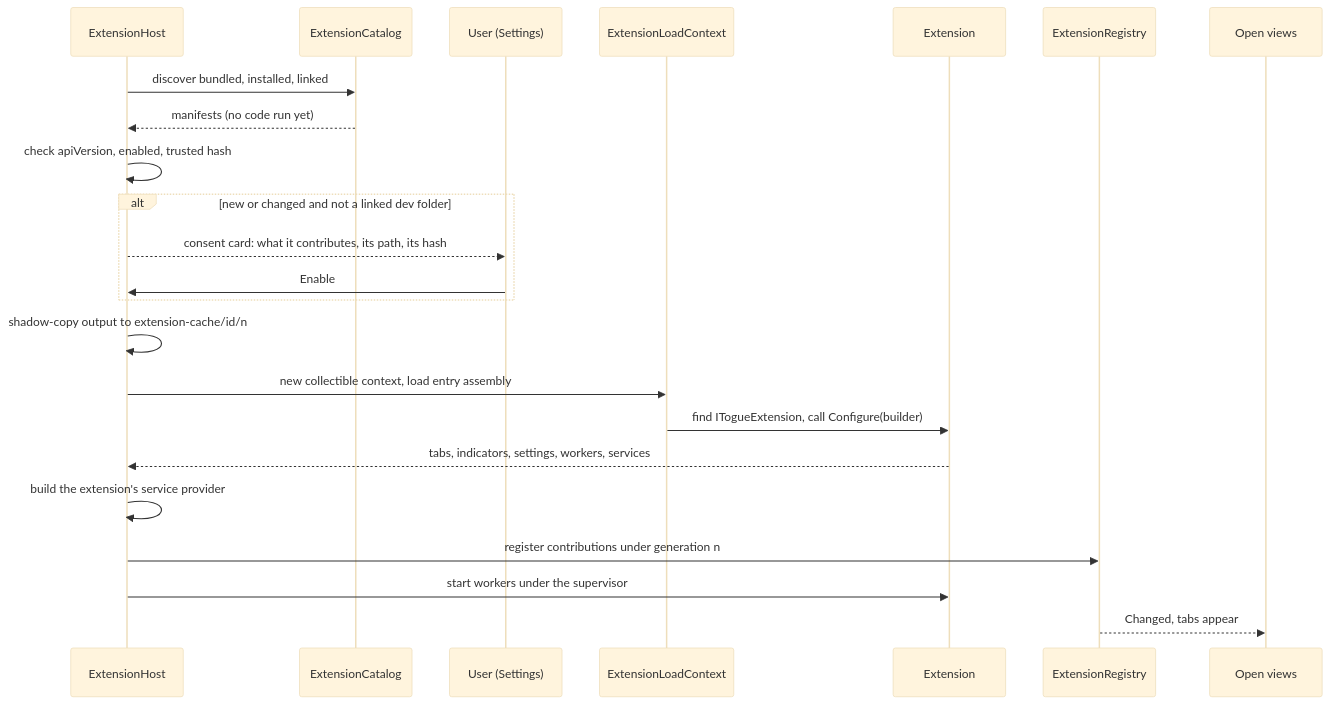
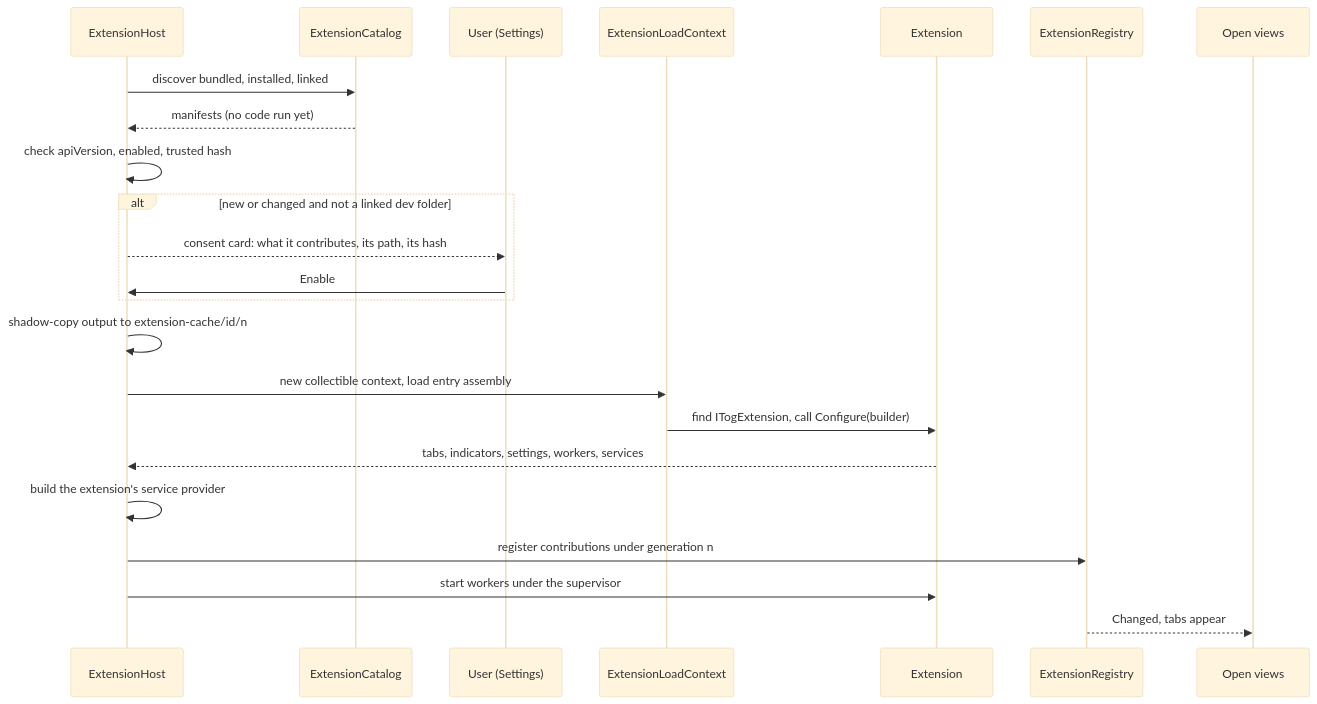
Before and after one commit to BradenTerry/Tog: the second of 3 diagrams in docs/design/extensions.md, drawn with Mermaid (base theme). The commit also changed other lines of this file and 483 other files, not shown here.

````diff
--- a/docs/design/extensions.md
+++ b/docs/design/extensions.md
@@ -320,26 +320,26 @@
 ```mermaid
 sequenceDiagram
     participant H as ExtensionHost
     participant C as ExtensionCatalog
     participant U as User (Settings)
     participant A as ExtensionLoadContext
     participant E as Extension
     participant R as ExtensionRegistry
     participant V as Open views
 
     H->>C: discover bundled, installed, linked
     C-->>H: manifests (no code run yet)
     H->>H: check apiVersion, enabled, trusted hash
     alt new or changed and not a linked dev folder
         H-->>U: consent card: what it contributes, its path, its hash
         U->>H: Enable
     end
     H->>H: shadow-copy output to extension-cache/id/n
     H->>A: new collectible context, load entry assembly
-    A->>E: find ITogueExtension, call Configure(builder)
+    A->>E: find ITogExtension, call Configure(builder)
     E-->>H: tabs, indicators, settings, workers, services
     H->>H: build the extension's service provider
     H->>R: register contributions under generation n
     H->>E: start workers under the supervisor
     R-->>V: Changed, tabs appear
 ```
````
